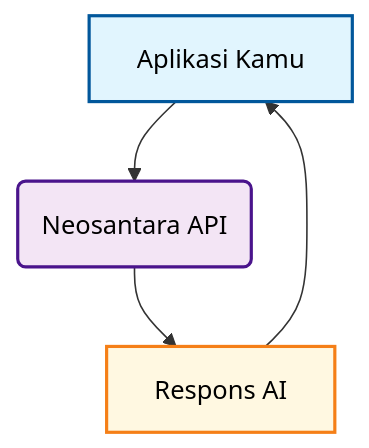
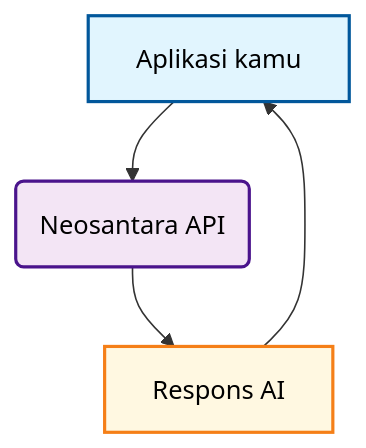
Before and after one commit to ErRickow/docs: the diagram in id/about.mdx, drawn with Mermaid. The commit also changed other lines of this file and 81 other files, not shown here.

````diff
--- a/id/about.mdx
+++ b/id/about.mdx
@@ -50,15 +50,15 @@
 ```mermaid
 graph TD
-   A[Aplikasi Kamu] --> B(Neosantara API);
+   A[Aplikasi kamu] --> B(Neosantara API);
    B --> C[Respons AI];
    C --> A;
 
    %% Styling
    classDef client fill:#e1f5fe,stroke:#01579b,stroke-width:2px,color:#000
    classDef api fill:#f3e5f5,stroke:#4a148c,stroke-width:2px,color:#000
    classDef response fill:#fff8e1,stroke:#f57f17,stroke-width:2px,color:#000
 
    class A client
    class B api
    class C response
 ```
````
